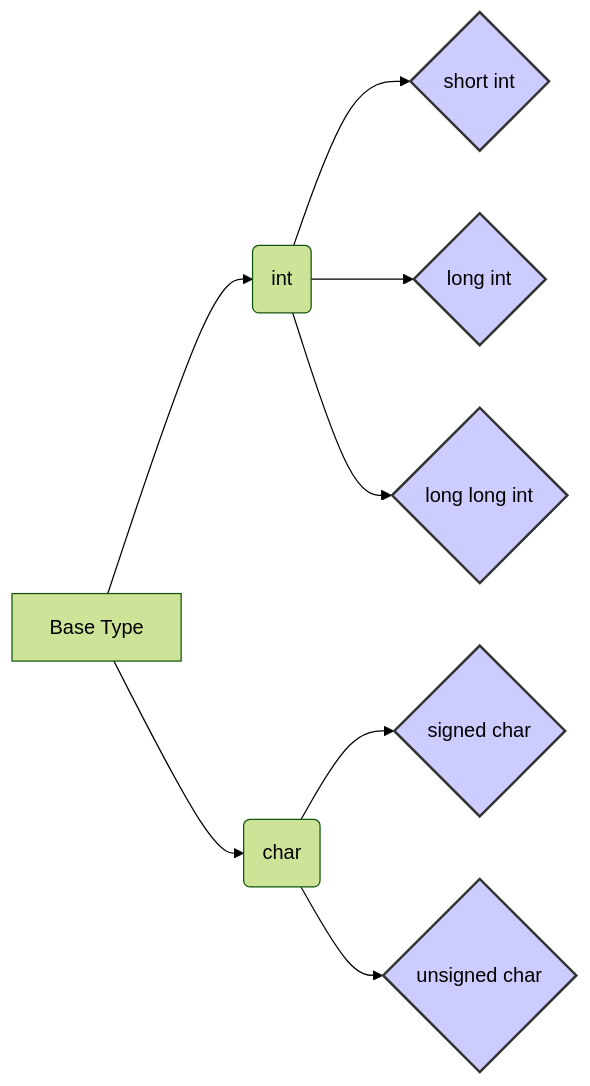
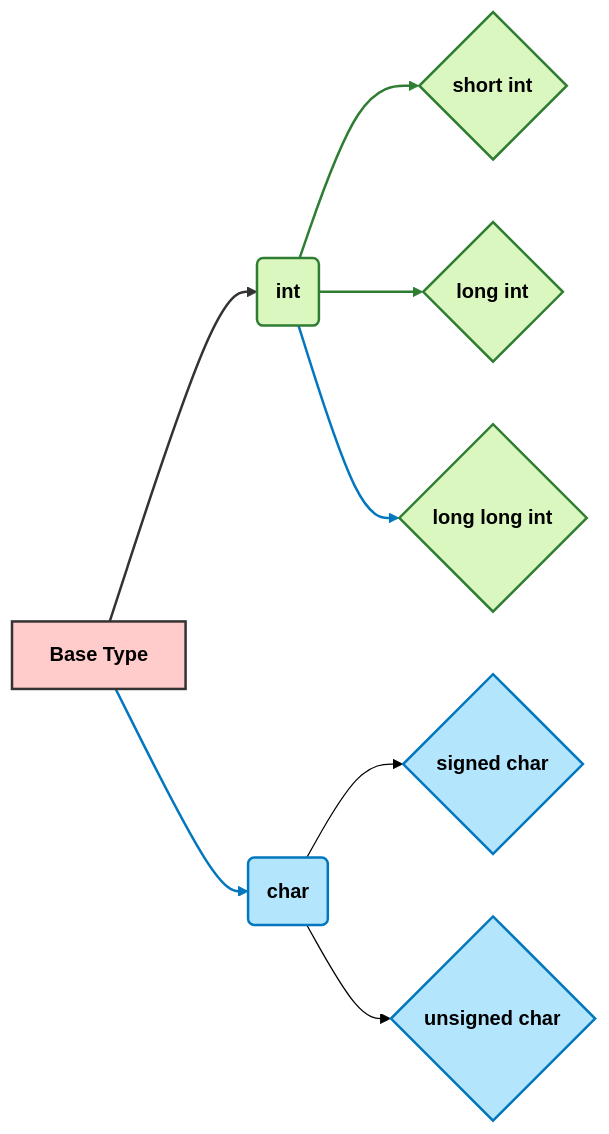
Before and after one commit to infoyouth/infoyouth.github.io: the second of 7 diagrams in _posts/2024-11-21-c-data-types.md, drawn with Mermaid (forest theme). The commit also changed other lines of this file and 2 other files, not shown here.

````diff
--- a/_posts/2024-11-21-c-data-types.md
+++ b/_posts/2024-11-21-c-data-types.md
@@ -198,17 +212,35 @@
 ```mermaid
 graph LR
     A[Base Type] --> B(int);
     B --> C{short int};
     B --> D{long int};
     B --> E{long long int};
     A --> F(char);
     F --> G{signed char};
     F --> H{unsigned char};
 
-    style C fill:#ccf,stroke:#333,stroke-width:2px
-    style D fill:#ccf,stroke:#333,stroke-width:2px
-    style E fill:#ccf,stroke:#333,stroke-width:2px
-    style G fill:#ccf,stroke:#333,stroke-width:2px
-    style H fill:#ccf,stroke:#333,stroke-width:2px
+    classDef baseType fill:#ffcccb,stroke:#333,stroke-width:2px,color:#000,font-weight:bold;
+    classDef intType fill:#d9f7be,stroke:#2e7d32,stroke-width:2px,color:#000,font-weight:bold;
+    classDef charType fill:#b3e5fc,stroke:#0277bd,stroke-width:2px,color:#000,font-weight:bold;
+    classDef hoverEffect fill:#ffffff,stroke:#333,stroke-width:3px,color:#000,font-weight:bold;
+
+    class A baseType;
+    class B intType;
+    class C,D,E intType;
+    class F charType;
+    class G,H charType;
+
+    linkStyle 0 stroke:#333,stroke-width:2px;
+    linkStyle 1 stroke:#2e7d32,stroke-width:2px;
+    linkStyle 2 stroke:#2e7d32,stroke-width:2px;
+    linkStyle 3 stroke:#0277bd,stroke-width:2px;
+    linkStyle 4 stroke:#0277bd,stroke-width:2px;
+
+    style C hoverEffect;
+    style D hoverEffect;
+    style E hoverEffect;
+    style G hoverEffect;
+    style H hoverEffect;
+
 
 ```
````
